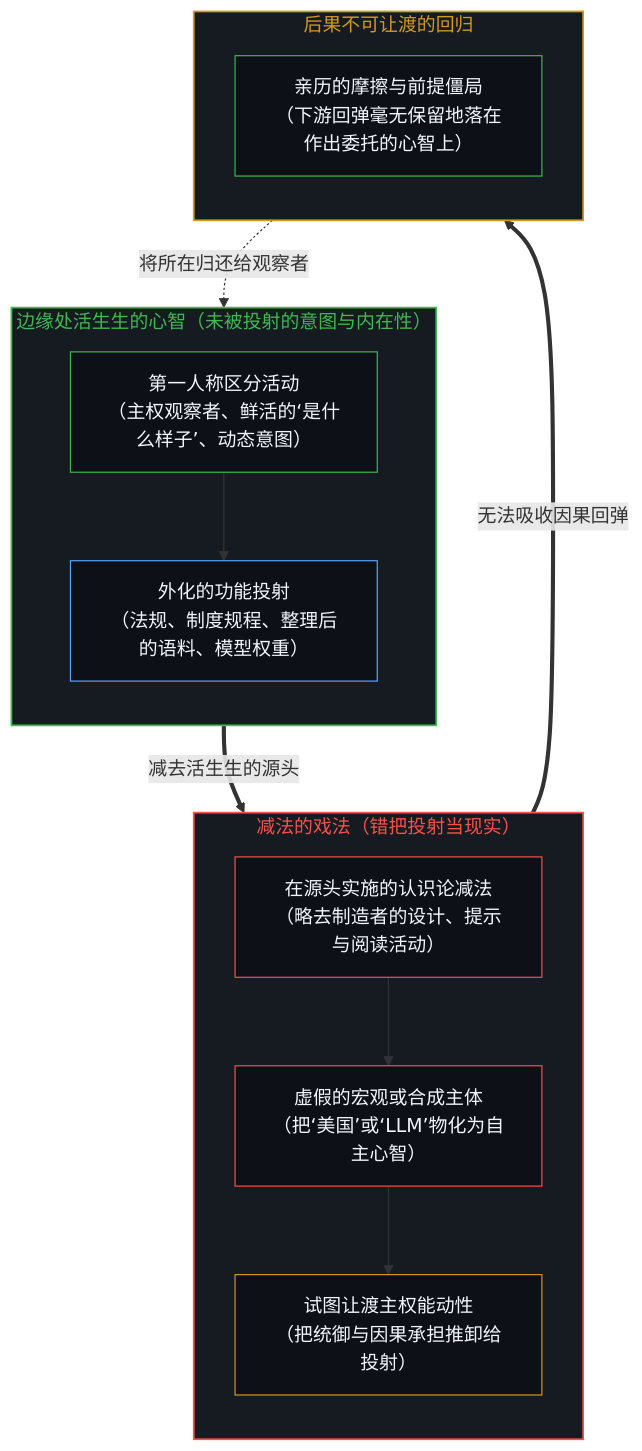
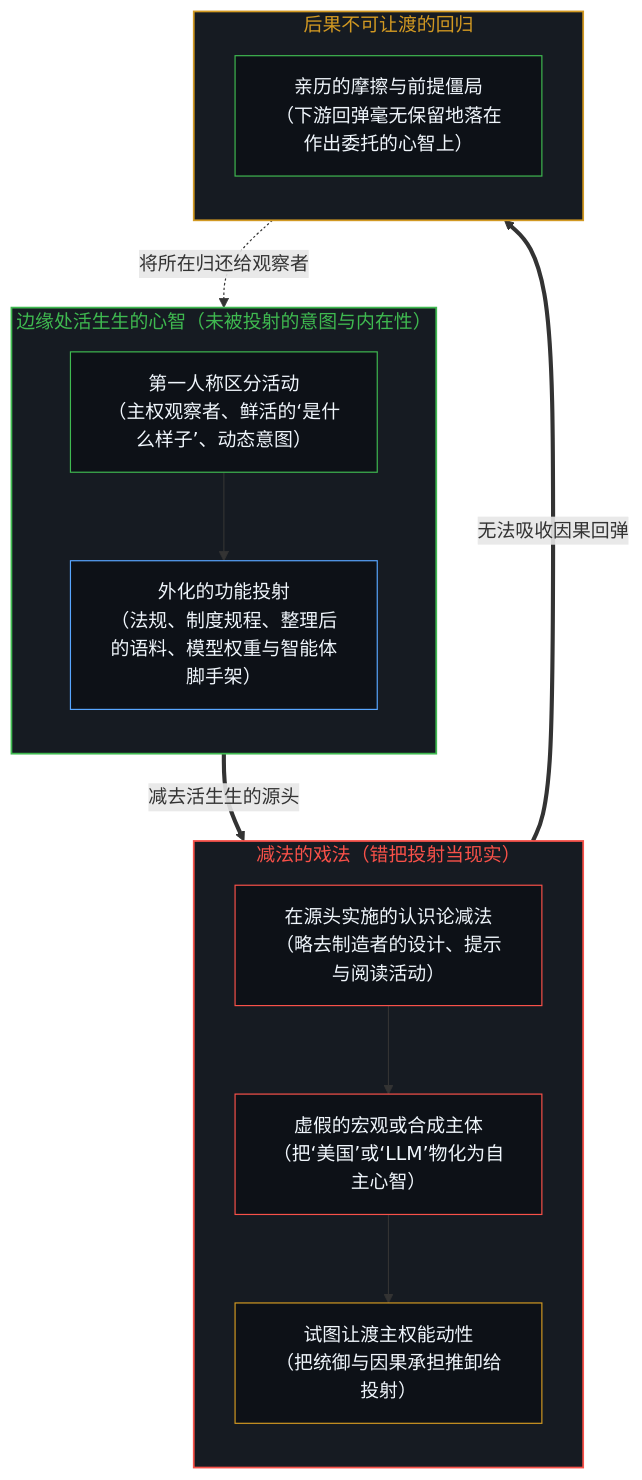
Before and after one commit to powerpig99/not-a-toe: the first of 2 diagrams in content/posts/subtracting-consciousness-at-the-source.md, drawn with Mermaid. The commit also changed other lines of this file and 12 other files, not shown here.

````diff
--- a/content/posts/subtracting-consciousness-at-the-source.md
+++ b/content/posts/subtracting-consciousness-at-the-source.md
@@ -29,36 +29,36 @@
 ```mermaid
 flowchart TD
     subgraph S_Origin["边缘处活生生的心智（未被投射的意图与内在性）"]
         direction TB
         O1["第一人称区分活动<br/>（主权观察者、鲜活的‘是什么样子’、动态意图）"]
-        O2["外化的功能投射<br/>（法规、制度规程、整理后的语料、模型权重）"]
+        O2["外化的功能投射<br/>（法规、制度规程、整理后的语料、模型权重与智能体脚手架）"]
         O1 --> O2
     end
 
     subgraph S_Subtraction["减法的戏法（错把投射当现实）"]
         direction TB
         S1["在源头实施的认识论减法<br/>（略去制造者的设计、提示与阅读活动）"]
         S2["虚假的宏观或合成主体<br/>（把‘美国’或‘LLM’物化为自主心智）"]
         S3["试图让渡主权能动性<br/>（把统御与因果承担推卸给投射）"]
         S1 --> S2 --> S3
     end
 
     subgraph S_Return["后果不可让渡的回归"]
         direction TB
         R1["亲历的摩擦与前提僵局<br/>（下游回弹毫无保留地落在作出委托的心智上）"]
     end
 
     O2 ==>|"减去活生生的源头"| S1
     S3 ==>|"无法吸收因果回弹"| R1
     R1 -.->|"将所在归还给观察者"| O1
 
     style S_Origin fill:#161b22,stroke:#3fb950,stroke-width:1.5px,color:#3fb950
     style S_Subtraction fill:#161b22,stroke:#f85149,stroke-width:1.5px,color:#f85149
     style S_Return fill:#161b22,stroke:#d29922,stroke-width:1.5px,color:#d29922
     style O1 fill:#0d1117,stroke:#3fb950,stroke-width:1px,color:#f0f6fc
     style O2 fill:#0d1117,stroke:#58a6ff,stroke-width:1px,color:#f0f6fc
     style S1 fill:#0d1117,stroke:#f85149,stroke-width:1px,color:#f0f6fc
     style S2 fill:#0d1117,stroke:#f85149,stroke-width:1px,color:#f0f6fc
     style S3 fill:#0d1117,stroke:#d29922,stroke-width:1px,color:#f0f6fc
     style R1 fill:#0d1117,stroke:#3fb950,stroke-width:1px,color:#f0f6fc
 ```
````
